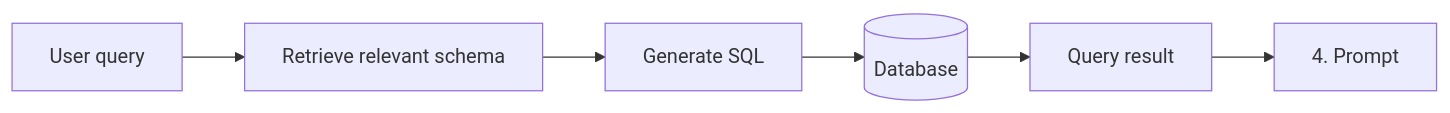
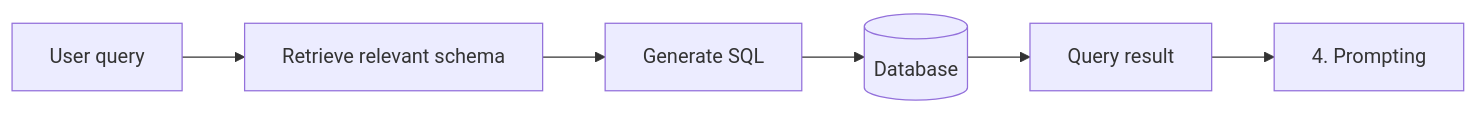
Before and after one commit to w4bo/AA2627-unibo-dcai: diagram 13 of 24 in slides/02-rag.qmd, drawn with Mermaid. The commit also changed other lines of this file, not shown here.

````diff
--- a/slides/02-rag.qmd
+++ b/slides/02-rag.qmd
@@ -532,9 +638,9 @@
 ```{mermaid}
 %%| echo: false
 flowchart LR
   Q[User query] --> Schema[Retrieve relevant schema]
   Schema --> SQL[Generate SQL]
   SQL --> DB[(Database)]
   DB --> Result[Query result]
-  Result --> G[4. Prompt]
+  Result --> G[4. Prompting]
 ```
````
